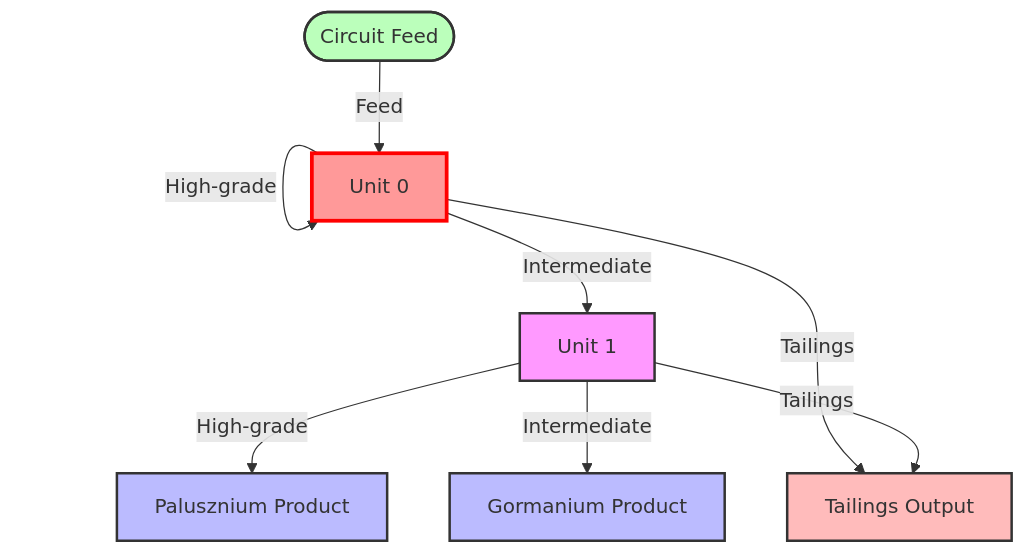
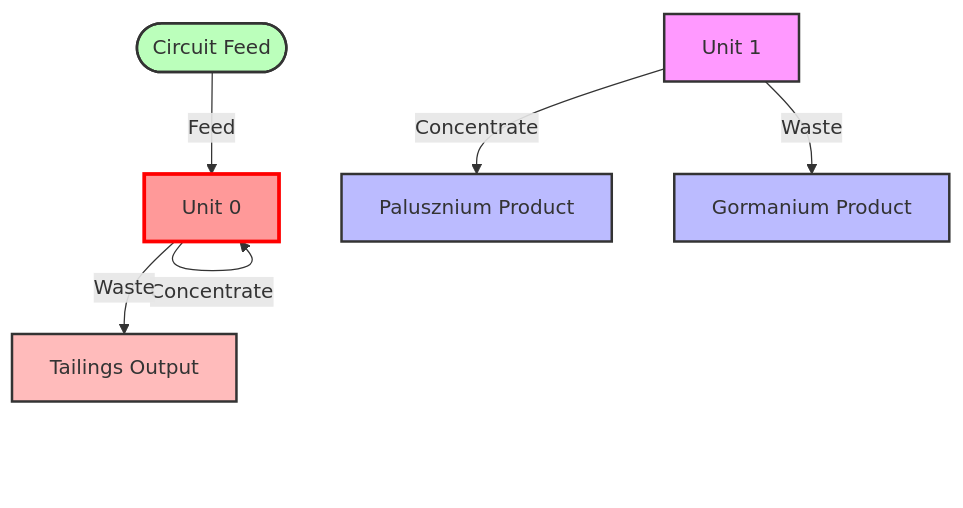
The fourth of 4 diagrams in docs/data_structures.md (benedikt-samwer/imperial_genetic_algorithm_group_project), drawn with Mermaid before and after one commit. The commit also changed other lines of this file and 1 other file, not shown here.

````diff
--- a/docs/data_structures.md
+++ b/docs/data_structures.md
@@ -266,31 +252,29 @@
 ```mermaid
 graph TD;
     Feed([Circuit Feed])
     Unit0[Unit 0]
     Unit1[Unit 1]
     Palusznium[Palusznium Product]
     Gormanium[Gormanium Product]
     Tailings[Tailings Output]
     
     Feed -->|Feed| Unit0
     
-    Unit0 -->|High-grade| Unit0
-    Unit0 -->|Intermediate| Unit1
-    Unit0 -->|Tailings| Tailings
+    Unit0 -->|Concentrate| Unit0
+    Unit0 -->|Waste| Tailings
     
-    Unit1 -->|High-grade| Palusznium
-    Unit1 -->|Intermediate| Gormanium
-    Unit1 -->|Tailings| Tailings
+    Unit1 -->|Concentrate| Palusznium
+    Unit1 -->|Waste| Gormanium
     
     classDef unit fill:#f9f,stroke:#333,stroke-width:2px;
     classDef product fill:#bbf,stroke:#333,stroke-width:2px;
     classDef feed fill:#bfb,stroke:#333,stroke-width:2px;
     classDef tailings fill:#fbb,stroke:#333,stroke-width:2px;
     classDef invalid fill:#f99,stroke:red,stroke-width:3px;
     
     class Unit0 invalid;
     class Unit1 unit;
     class Palusznium,Gormanium product;
     class Feed feed;
     class Tailings tailings;
 ```
````
